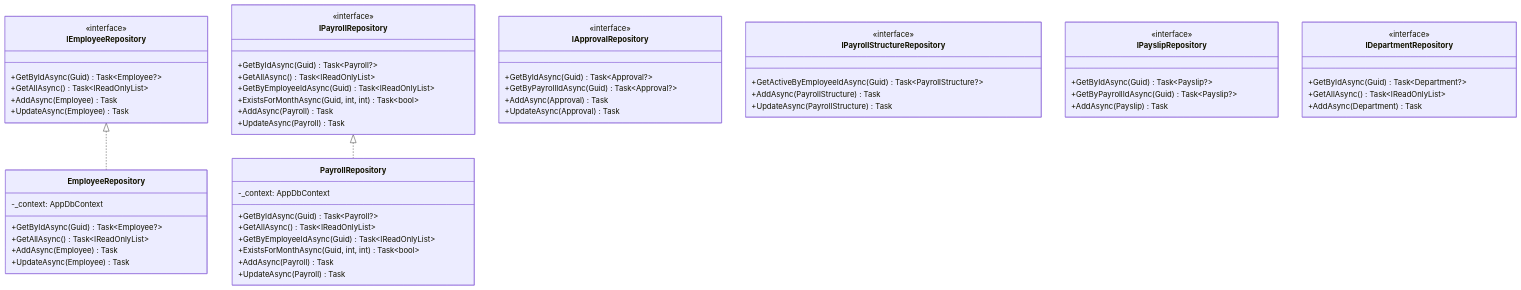
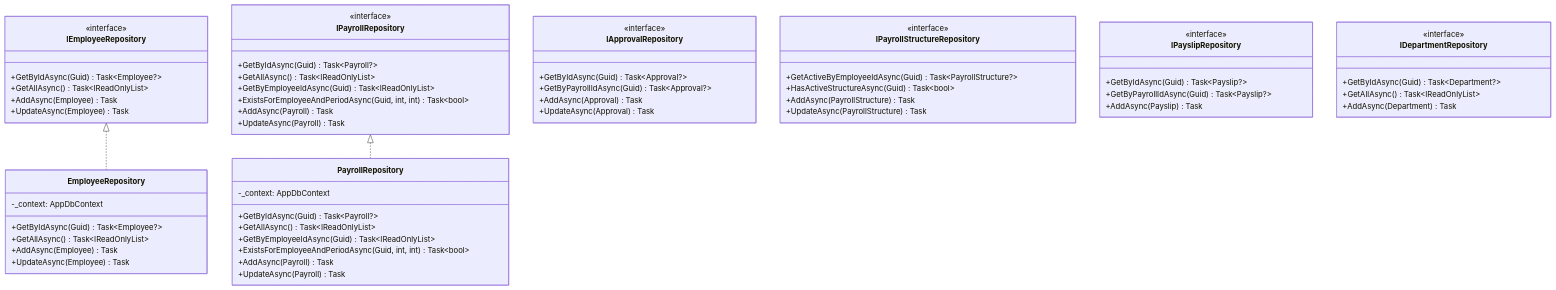
Before and after one commit to shahzil99/payroll-approval-system: the fifth of 5 diagrams in docs/infrastructure-setup.md, drawn with Mermaid. The commit also changed other lines of this file and 11 other files, not shown here.

````diff
--- a/docs/infrastructure-setup.md
+++ b/docs/infrastructure-setup.md
@@ -110,70 +110,71 @@
 ```mermaid
 classDiagram
     class IEmployeeRepository {
         <<interface>>
         +GetByIdAsync(Guid) Task~Employee?~
         +GetAllAsync() Task~IReadOnlyList~
         +AddAsync(Employee) Task
         +UpdateAsync(Employee) Task
     }
 
     class IPayrollRepository {
         <<interface>>
         +GetByIdAsync(Guid) Task~Payroll?~
         +GetAllAsync() Task~IReadOnlyList~
         +GetByEmployeeIdAsync(Guid) Task~IReadOnlyList~
-        +ExistsForMonthAsync(Guid, int, int) Task~bool~
+        +ExistsForEmployeeAndPeriodAsync(Guid, int, int) Task~bool~
         +AddAsync(Payroll) Task
         +UpdateAsync(Payroll) Task
     }
 
     class IApprovalRepository {
         <<interface>>
         +GetByIdAsync(Guid) Task~Approval?~
         +GetByPayrollIdAsync(Guid) Task~Approval?~
         +AddAsync(Approval) Task
         +UpdateAsync(Approval) Task
     }
 
     class IPayrollStructureRepository {
         <<interface>>
         +GetActiveByEmployeeIdAsync(Guid) Task~PayrollStructure?~
+        +HasActiveStructureAsync(Guid) Task~bool~
         +AddAsync(PayrollStructure) Task
         +UpdateAsync(PayrollStructure) Task
     }
 
     class IPayslipRepository {
         <<interface>>
         +GetByIdAsync(Guid) Task~Payslip?~
         +GetByPayrollIdAsync(Guid) Task~Payslip?~
         +AddAsync(Payslip) Task
     }
 
     class IDepartmentRepository {
         <<interface>>
         +GetByIdAsync(Guid) Task~Department?~
         +GetAllAsync() Task~IReadOnlyList~
         +AddAsync(Department) Task
     }
 
     class EmployeeRepository {
         -_context: AppDbContext
         +GetByIdAsync(Guid) Task~Employee?~
         +GetAllAsync() Task~IReadOnlyList~
         +AddAsync(Employee) Task
         +UpdateAsync(Employee) Task
     }
 
     class PayrollRepository {
         -_context: AppDbContext
         +GetByIdAsync(Guid) Task~Payroll?~
         +GetAllAsync() Task~IReadOnlyList~
         +GetByEmployeeIdAsync(Guid) Task~IReadOnlyList~
-        +ExistsForMonthAsync(Guid, int, int) Task~bool~
+        +ExistsForEmployeeAndPeriodAsync(Guid, int, int) Task~bool~
         +AddAsync(Payroll) Task
         +UpdateAsync(Payroll) Task
     }
 
     IEmployeeRepository <|.. EmployeeRepository
     IPayrollRepository <|.. PayrollRepository
 ```
````
